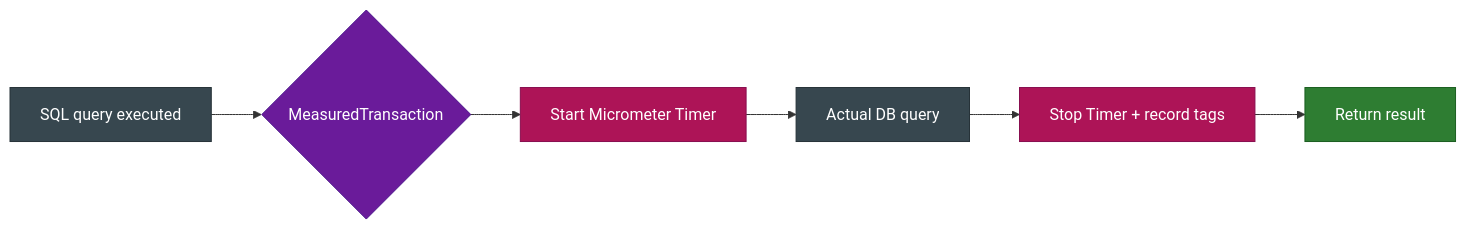
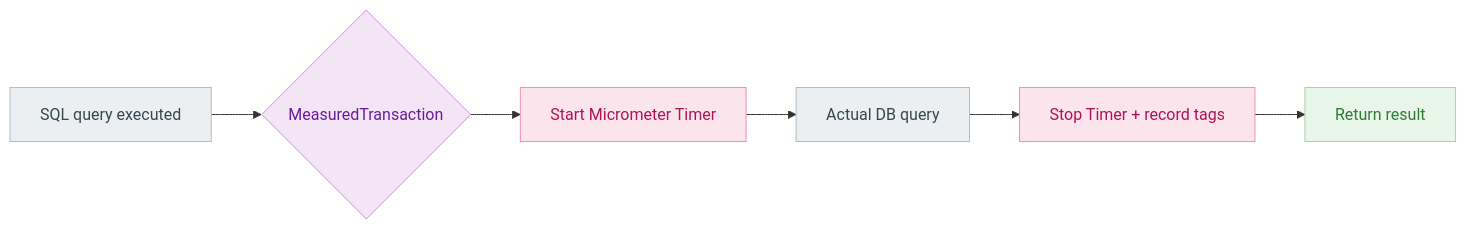
Before and after one commit to bluetape4k/bluetape4k-projects: the second of 3 diagrams in data/exposed-measured/README.md, drawn with Mermaid. The commit also changed other lines of this file and 219 other files, not shown here.

First line of the commit message:
docs: 전체 README Mermaid 다이어그램 가이드 적용

````diff
--- a/data/exposed-measured/README.md
+++ b/data/exposed-measured/README.md
@@ -89,20 +89,20 @@
 ```mermaid
 flowchart LR
     A[SQL query executed] --> B{MeasuredTransaction}
     B --> C[Start Micrometer Timer]
     C --> D[Actual DB query]
     D --> E[Stop Timer + record tags]
     E --> F[Return result]
 
-    classDef queryStyle fill:#37474F,stroke:#263238,color:#FFFFFF
-    classDef txStyle fill:#6A1B9A,stroke:#4A148C,color:#FFFFFF
-    classDef timerStyle fill:#AD1457,stroke:#880E4F,color:#FFFFFF
-    classDef resultStyle fill:#2E7D32,stroke:#1B5E20,color:#FFFFFF
+    classDef queryStyle fill:#ECEFF1,stroke:#B0BEC5,color:#37474F
+    classDef txStyle fill:#F3E5F5,stroke:#CE93D8,color:#6A1B9A
+    classDef timerStyle fill:#FCE4EC,stroke:#F48FB1,color:#AD1457
+    classDef resultStyle fill:#E8F5E9,stroke:#A5D6A7,color:#2E7D32
 
     class A queryStyle
     class D queryStyle
     class B txStyle
     class C timerStyle
     class E timerStyle
     class F resultStyle
 ```
````
